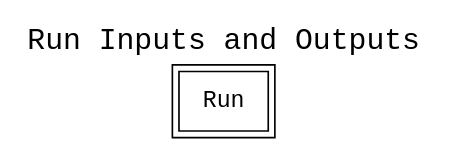
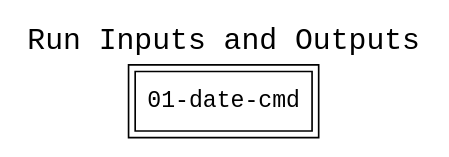
One commit to CIRSS/cpr changed the diagram in examples/02-blazegraph-examples/01-date-cmd/run/graph-1.gv. Above: the diagram before and after it, drawn with Graphviz. The commit also changed other lines of this file and 58 other files, not shown here.

```diff
--- a/examples/02-blazegraph-examples/01-date-cmd/run/graph-1.gv
+++ b/examples/02-blazegraph-examples/01-date-cmd/run/graph-1.gv
@@ -1,26 +1,27 @@
+
 
 digraph cpr_run {
 rankdir=LR
 fontname=Courier; fontsize=18; labelloc=t
 label="Run Inputs and Outputs"
 
 node[shape=box style="filled" fillcolor="#FFFFFF" peripheries=2 fontname=Courier]
-Run
+"run" [label="01-date-cmd"]
 
 subgraph cluster_input_files { label=""; color=white; penwidth=0
 subgraph cluster_input_files_inner { label=""; color=white
 node[shape=box style="rounded,filled" fillcolor="#FFFFCC" peripheries=1 fontname=Helvetica]
 
 }}
 
 
 
 subgraph cluster_output_files { label=""; color=white; penwidth=0
 subgraph cluster_output_files_inner { label=""; color=white
 node[shape=box style="rounded,filled" fillcolor="#FFFFCC" peripheries=1 fontname=Helvetica]
 
 }}
 
 
 
 }
```
